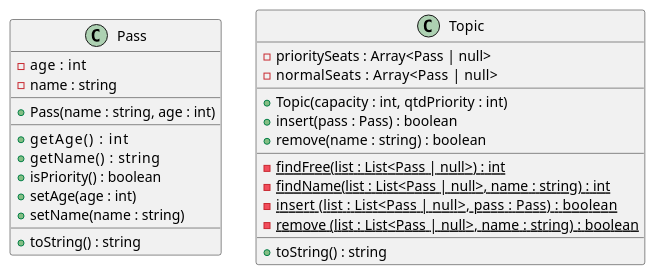
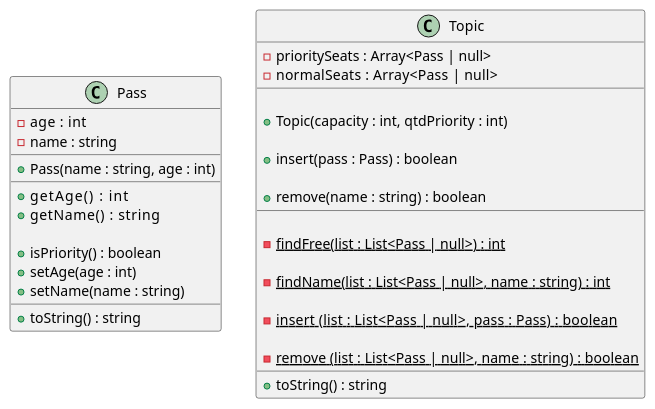
One commit to qxcodepoo/arcade changed the diagram in base/012/.cache/Readme.md. Above: the diagram before and after it, drawn with PlantUML. The commit also changed 27 other files, not shown here.

````diff
--- a/base/012/.cache/Readme.md
+++ b/base/012/.cache/Readme.md
@@ -55,57 +55,57 @@
 ```plantuml
 class Pass {
   - age  : int
   - name : string
   __
   + Pass(name : string, age : int)
   __
   + getAge()     : int
   + getName()    : string
-  '
+  
   ' return true se o passageiro tem mais de 64 anos
   + isPriority() : boolean
   + setAge(age : int)
   + setName(name : string)
   __
   + toString() : string
 }
 
 class Topic {
   - prioritySeats : Array<Pass | null>
   - normalSeats   : Array<Pass | null>
   __
-  '
+  
   ' inicia prioritySeats com qtdPriority nulls
   ' inicia normalSeats com (capacity - qtdPriority) nulls
   + Topic(capacity : int, qtdPriority : int)
-  '
+  
   ' verifica se já está na topic
   ' utilize o método estático para realizar as inserções
   ' se for prioridade 
   '     tenta primeiro na prioridade, depois na normal
   ' se não for prioridade
   '     tenta primeiro na normal, depois na prioridade
   ' se nao conseguir
   '     avisa que esta lotado
   + insert(pass : Pass) : boolean
-  ' 
+  
   ' chama o método remover privado estático para 
   ' tentar remover de ambas as listas
   + remove(name : string) : boolean
   __
-  '
+  
   ' procura pela primeira posição vazia ou -1
   - findFree(list : List<Pass | null>) : int {static}
-  '
+  
   ' procura por nome nos elementos não nulos e retorna o indice ou -1 
   - findName(list : List<Pass | null>, name : string) : int {static}
-  '
+  
   ' usa o método findFree para encontrar a posição vazia e inserir o passageiro
   - insert  (list : List<Pass | null>, pass : Pass)   : boolean {static}
-  '
+  
   ' usa o método findName para encontrar o passageiro e remover
   - remove  (list : List<Pass | null>, name : string) : boolean {static}
   __
   + toString() : string
 }
 ```
````
